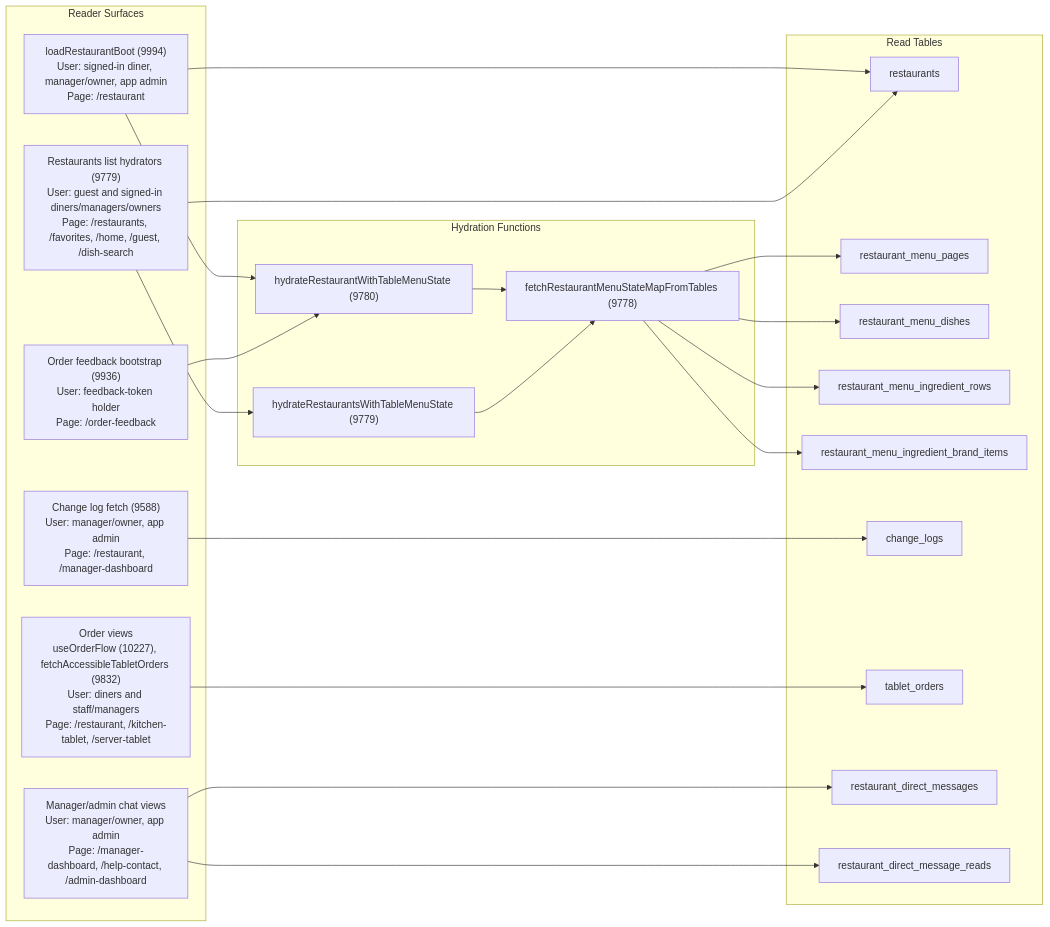
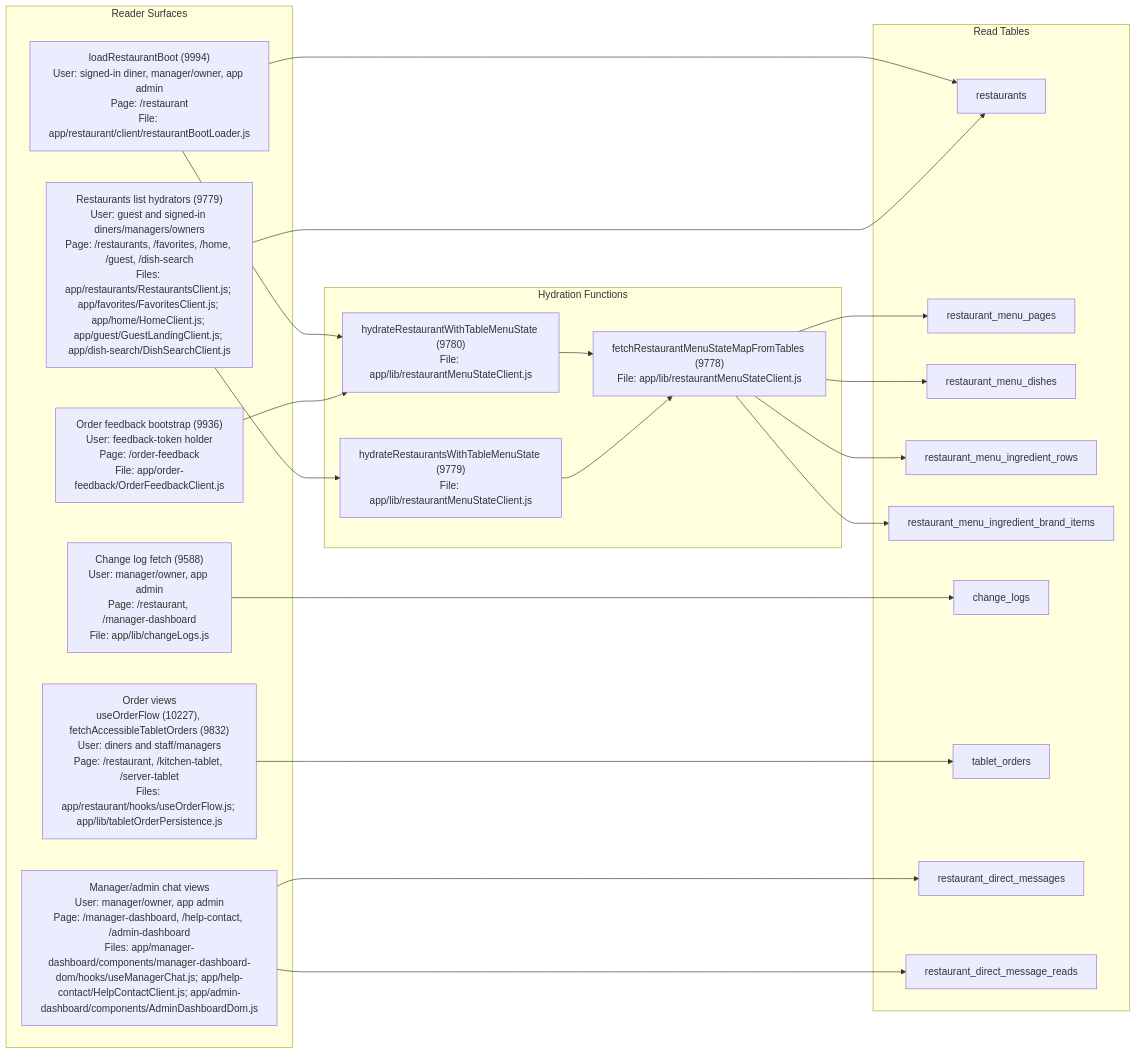
One commit to 8r4qrb7kh2-lgtm/clarivore changed the diagram in docs/data-storage-flows/src/03-read-hydration-flow.mmd. Above: the diagram before and after it, drawn with Mermaid. The commit also changed 13 other files, not shown here.

Commit message:
Add zoomable flow visuals tab

```diff
--- a/docs/data-storage-flows/src/03-read-hydration-flow.mmd
+++ b/docs/data-storage-flows/src/03-read-hydration-flow.mmd
@@ -1,45 +1,45 @@
 flowchart LR
   subgraph READERS["Reader Surfaces"]
-    R1["loadRestaurantBoot (9994)\nUser: signed-in diner, manager/owner, app admin\nPage: /restaurant"]
-    R2["Restaurants list hydrators (9779)\nUser: guest and signed-in diners/managers/owners\nPage: /restaurants, /favorites, /home, /guest, /dish-search"]
-    R3["Order feedback bootstrap (9936)\nUser: feedback-token holder\nPage: /order-feedback"]
-    R4["Change log fetch (9588)\nUser: manager/owner, app admin\nPage: /restaurant, /manager-dashboard"]
-    R5["Order views\nuseOrderFlow (10227), fetchAccessibleTabletOrders (9832)\nUser: diners and staff/managers\nPage: /restaurant, /kitchen-tablet, /server-tablet"]
-    R6["Manager/admin chat views\nUser: manager/owner, app admin\nPage: /manager-dashboard, /help-contact, /admin-dashboard"]
+    R1["loadRestaurantBoot (9994)<br/>User: signed-in diner, manager/owner, app admin<br/>Page: /restaurant<br/>File: app/restaurant/client/restaurantBootLoader.js"]
+    R2["Restaurants list hydrators (9779)<br/>User: guest and signed-in diners/managers/owners<br/>Page: /restaurants, /favorites, /home, /guest, /dish-search<br/>Files: app/restaurants/RestaurantsClient.js; app/favorites/FavoritesClient.js; app/home/HomeClient.js; app/guest/GuestLandingClient.js; app/dish-search/DishSearchClient.js"]
+    R3["Order feedback bootstrap (9936)<br/>User: feedback-token holder<br/>Page: /order-feedback<br/>File: app/order-feedback/OrderFeedbackClient.js"]
+    R4["Change log fetch (9588)<br/>User: manager/owner, app admin<br/>Page: /restaurant, /manager-dashboard<br/>File: app/lib/changeLogs.js"]
+    R5["Order views<br/>useOrderFlow (10227), fetchAccessibleTabletOrders (9832)<br/>User: diners and staff/managers<br/>Page: /restaurant, /kitchen-tablet, /server-tablet<br/>Files: app/restaurant/hooks/useOrderFlow.js; app/lib/tabletOrderPersistence.js"]
+    R6["Manager/admin chat views<br/>User: manager/owner, app admin<br/>Page: /manager-dashboard, /help-contact, /admin-dashboard<br/>Files: app/manager-dashboard/components/manager-dashboard-dom/hooks/useManagerChat.js; app/help-contact/HelpContactClient.js; app/admin-dashboard/components/AdminDashboardDom.js"]
   end
 
   subgraph HYDRATE["Hydration Functions"]
-    H1["hydrateRestaurantWithTableMenuState (9780)"]
-    H2["hydrateRestaurantsWithTableMenuState (9779)"]
-    H3["fetchRestaurantMenuStateMapFromTables (9778)"]
+    H1["hydrateRestaurantWithTableMenuState (9780)<br/>File: app/lib/restaurantMenuStateClient.js"]
+    H2["hydrateRestaurantsWithTableMenuState (9779)<br/>File: app/lib/restaurantMenuStateClient.js"]
+    H3["fetchRestaurantMenuStateMapFromTables (9778)<br/>File: app/lib/restaurantMenuStateClient.js"]
   end
 
   subgraph TABLES["Read Tables"]
     T1["restaurants"]
     T2["restaurant_menu_pages"]
     T3["restaurant_menu_dishes"]
     T4["restaurant_menu_ingredient_rows"]
     T5["restaurant_menu_ingredient_brand_items"]
     T6["change_logs"]
     T7["tablet_orders"]
     T8["restaurant_direct_messages"]
     T9["restaurant_direct_message_reads"]
   end
 
   R1 --> H1
   R2 --> H2
   R3 --> H1
   H1 --> H3
   H2 --> H3
 
   H3 --> T2
   H3 --> T3
   H3 --> T4
   H3 --> T5
 
   R1 --> T1
   R2 --> T1
   R4 --> T6
   R5 --> T7
   R6 --> T8
   R6 --> T9
```
